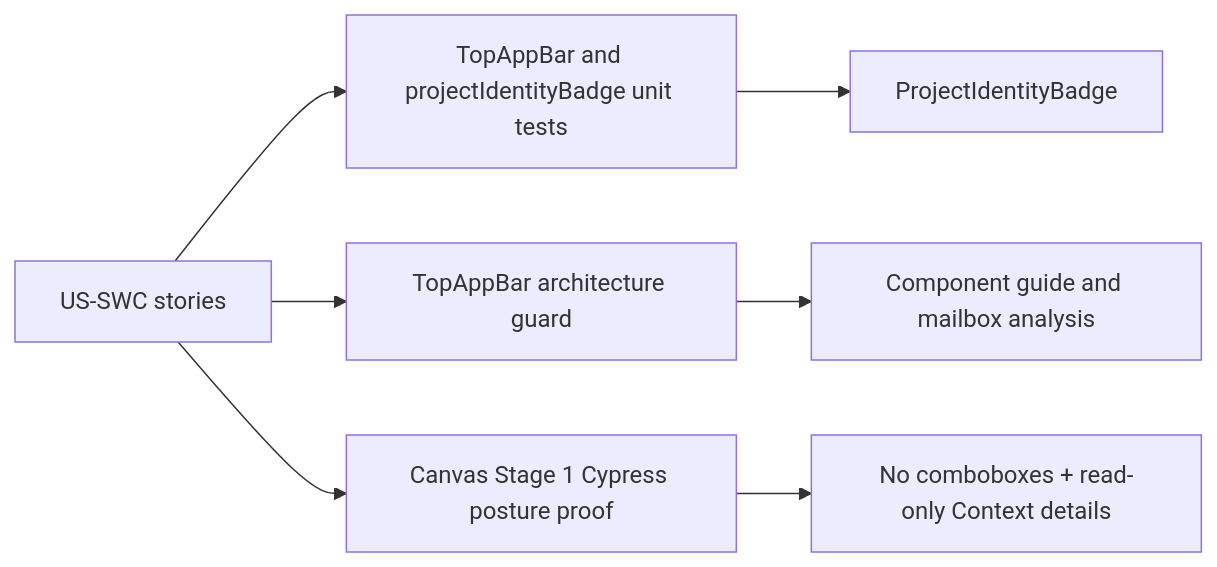
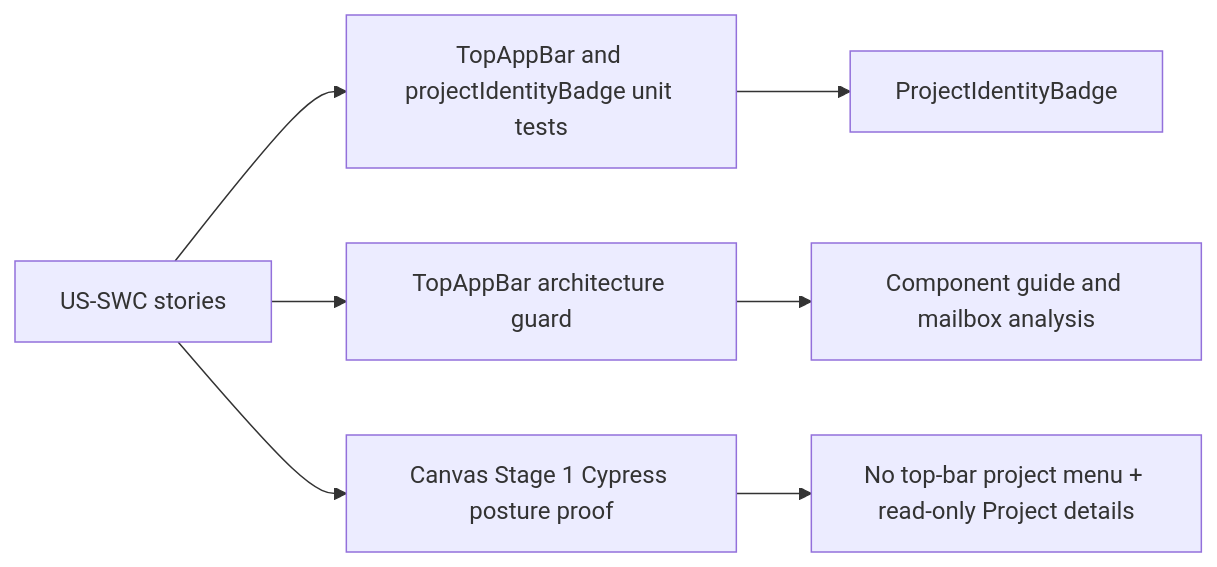
Before and after one commit to dunay2/dvt: the fourth of 4 diagrams in docs/architecture/components/web/appshell/shell-workspace-context-component.md, drawn with Mermaid. The commit also changed other lines of this file and 58 other files, not shown here.

````diff
--- a/docs/architecture/components/web/appshell/shell-workspace-context-component.md
+++ b/docs/architecture/components/web/appshell/shell-workspace-context-component.md
@@ -285,9 +279,9 @@
 ```mermaid
 flowchart LR
   Stories["US-SWC stories"] --> Unit["TopAppBar and projectIdentityBadge unit tests"]
   Stories --> Arch["TopAppBar architecture guard"]
   Stories --> Browser["Canvas Stage 1 Cypress posture proof"]
   Arch --> Docs["Component guide and mailbox analysis"]
   Unit --> Model["ProjectIdentityBadge"]
-  Browser --> Posture["No comboboxes + read-only Context details"]
+  Browser --> Posture["No top-bar project menu + read-only Project details"]
 ```
````
